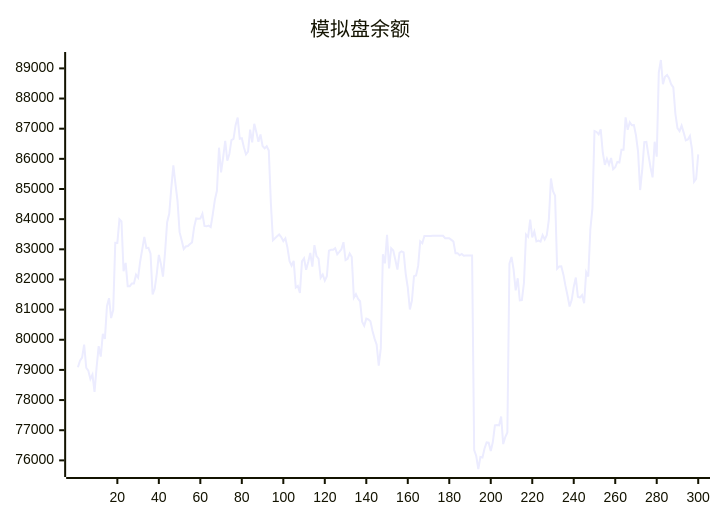
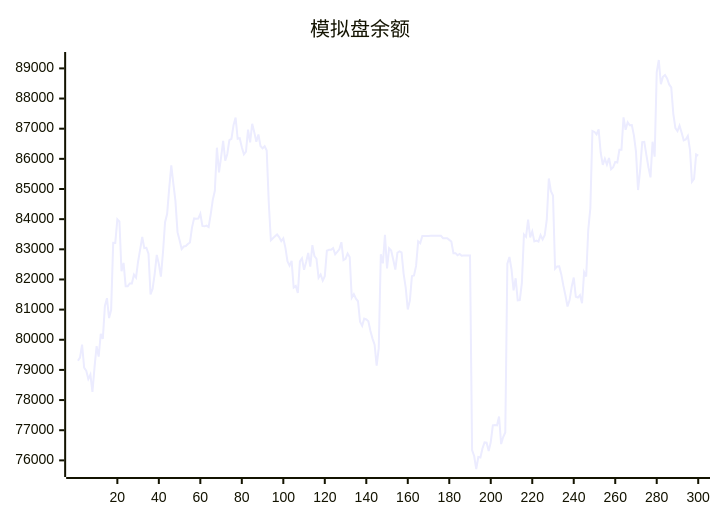
The diagram in README.md (aahl/ai-trading), drawn with Mermaid before and after one commit. The commit also changed other lines of this file and 1 other file, not shown here.

````diff
--- a/README.md
+++ b/README.md
@@ -5,5 +5,5 @@
 ```mermaid
 xychart
     title "模拟盘余额"
-    line [79087,79304,79406,79841,79072,78978,78696,78846,78272,79085,79787,79442,80198,80031,81120,81379,80718,80985,83214,83212,83993,83921,82270,82547,81776,81776,81866,81866,82158,82061,82596,83000,83408,83041,83050,82858,81503,81691,82188,82812,82517,82092,82901,83898,84180,85030,85781,85178,84604,83569,83298,83008,83093,83107,83175,83228,83729,84025,84017,84019,84177,83775,83762,83785,83738,84160,84639,84939,86370,85548,86046,86599,85942,86161,86622,86664,87115,87369,86666,86685,86384,86152,86243,86969,86548,87164,86885,86566,86809,86427,86348,86417,86273,84538,83299,83369,83430,83490,83404,83270,83362,83056,82605,82459,82614,81734,81788,81551,82598,82702,82320,82580,82878,82426,83139,82778,82686,82056,82166,81963,82110,82951,82983,82984,83038,82838,82915,82998,83235,82642,82682,82858,82746,81396,81512,81362,81277,80600,80461,80699,80673,80616,80288,80038,79836,79142,79722,82837,82533,83480,82366,83032,82960,82654,82330,82883,82934,82901,82188,81728,81005,81298,82110,82135,82449,83264,83203,83440,83439,83440,83440,83446,83447,83448,83447,83448,83449,83369,83369,83369,83313,83256,82872,82873,82801,82844,82785,82791,82791,82793,82794,76339,76145,75714,76110,76096,76397,76594,76585,76310,76607,77160,77170,77160,77456,76541,76774,76927,82520,82744,82337,81639,82040,81307,81314,81887,83490,83414,83984,83396,83594,83261,83287,83253,83470,83327,83465,83987,85348,84930,84786,82355,82433,82438,82167,81795,81466,81105,81315,81756,82064,81426,81398,81481,81210,82242,82099,83658,84359,86925,86892,86814,86980,86203,85802,86003,85811,86028,85657,85721,85896,85880,86300,86299,87378,86965,87214,87115,87118,86780,86238,84966,85623,86555,86562,86129,85722,85387,86569,86070,88870,89278,88477,88720,88781,88668,88467,88372,87493,87018,86917,87102,86870,86613,86644,86758,86317,85242,85334,86149]
+    line [79304,79406,79841,79072,78978,78696,78846,78272,79085,79787,79442,80198,80031,81120,81379,80718,80985,83214,83212,83993,83921,82270,82547,81776,81776,81866,81866,82158,82061,82596,83000,83408,83041,83050,82858,81503,81691,82188,82812,82517,82092,82901,83898,84180,85030,85781,85178,84604,83569,83298,83008,83093,83107,83175,83228,83729,84025,84017,84019,84177,83775,83762,83785,83738,84160,84639,84939,86370,85548,86046,86599,85942,86161,86622,86664,87115,87369,86666,86685,86384,86152,86243,86969,86548,87164,86885,86566,86809,86427,86348,86417,86273,84538,83299,83369,83430,83490,83404,83270,83362,83056,82605,82459,82614,81734,81788,81551,82598,82702,82320,82580,82878,82426,83139,82778,82686,82056,82166,81963,82110,82951,82983,82984,83038,82838,82915,82998,83235,82642,82682,82858,82746,81396,81512,81362,81277,80600,80461,80699,80673,80616,80288,80038,79836,79142,79722,82837,82533,83480,82366,83032,82960,82654,82330,82883,82934,82901,82188,81728,81005,81298,82110,82135,82449,83264,83203,83440,83439,83440,83440,83446,83447,83448,83447,83448,83449,83369,83369,83369,83313,83256,82872,82873,82801,82844,82785,82791,82791,82793,82794,76339,76145,75714,76110,76096,76397,76594,76585,76310,76607,77160,77170,77160,77456,76541,76774,76927,82520,82744,82337,81639,82040,81307,81314,81887,83490,83414,83984,83396,83594,83261,83287,83253,83470,83327,83465,83987,85348,84930,84786,82355,82433,82438,82167,81795,81466,81105,81315,81756,82064,81426,81398,81481,81210,82242,82099,83658,84359,86925,86892,86814,86980,86203,85802,86003,85811,86028,85657,85721,85896,85880,86300,86299,87378,86965,87214,87115,87118,86780,86238,84966,85623,86555,86562,86129,85722,85387,86569,86070,88870,89278,88477,88720,88781,88668,88467,88372,87493,87018,86917,87102,86870,86613,86644,86758,86317,85242,85334,86149,86106]
 ```
````
